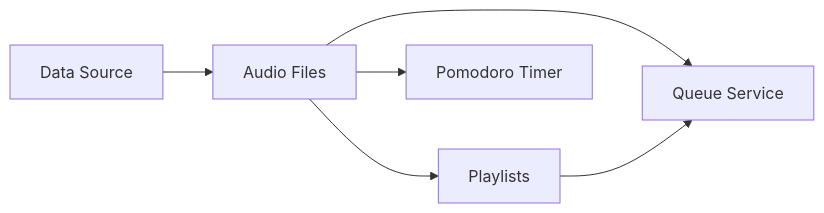
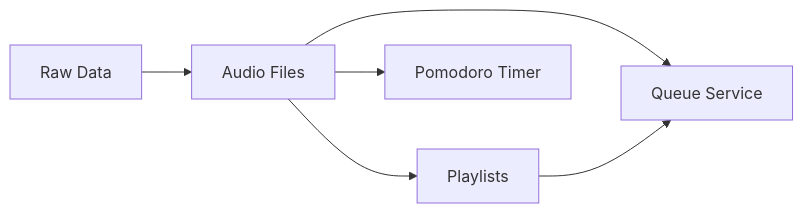
The diagram in README.md (shaysingh818/DTunes), drawn with Mermaid before and after one commit. The commit also changed other lines of this file, not shown here.

````diff
--- a/README.md
+++ b/README.md
@@ -26,9 +25,9 @@
 ```mermaid
 flowchart LR
 
-A[Data Source] --> B[Audio Files]
+A[Raw Data] --> B[Audio Files]
 B[Audio Files] --> D[Queue Service]
 B[Audio Files] --> C[Playlists]
 B[Audio Files] --> E[Pomodoro Timer]
 C[Playlists] --> D[Queue Service]
 ```
````
